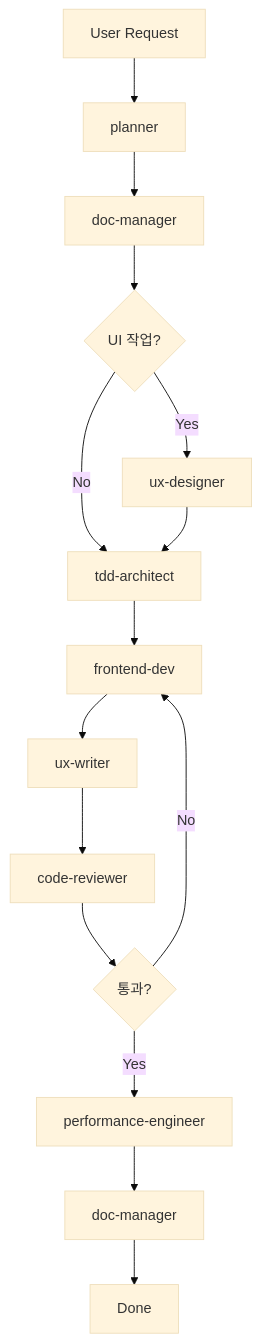
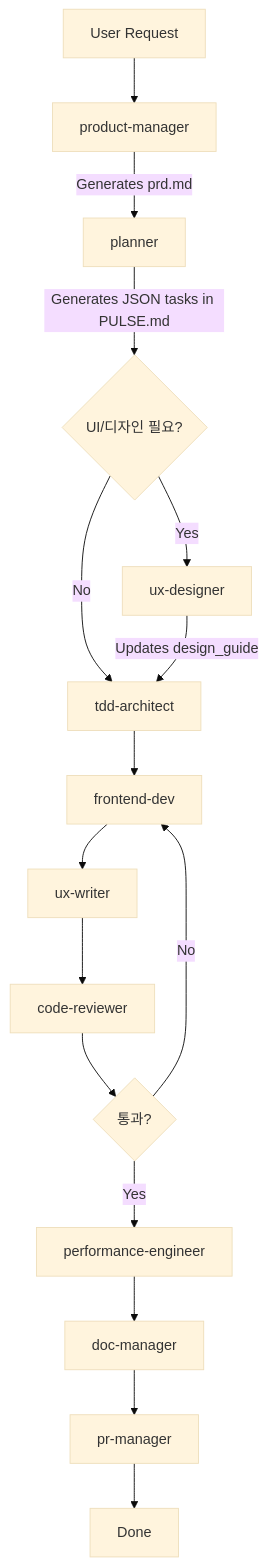
Before and after one commit to SKUnohtaekyung/pulse_FE: the diagram in .agent/skills/README.md, drawn with Mermaid (base theme). The commit also changed other lines of this file and 6 other files, not shown here.

First line of the commit message:
## 📝 요약 (Synopsis) AI 에이전트 파이프라인(PULSE Skills) 구조를 대대적으로 리팩토링하고, `product-manager`, `pr-manager` 신규 스킬과 컨텍스트 핸드오버 체계를 도입했습니다.

````diff
--- a/.agent/skills/README.md
+++ b/.agent/skills/README.md
@@ -47,17 +43,18 @@
 ```mermaid
 graph TD
-    A[User Request] --> B[planner]
-    B --> C[doc-manager]
-    C --> D{UI 작업?}
+    A[User Request] --> B[product-manager]
+    B -->|Generates prd.md| C[planner]
+    C -->|Generates JSON tasks in PULSE.md| D{UI/디자인 필요?}
     D -->|Yes| E[ux-designer]
     D -->|No| F[tdd-architect]
-    E --> F
+    E -->|Updates design_guide| F
     F --> G[frontend-dev]
     G --> H[ux-writer]
     H --> I[code-reviewer]
     I --> J{통과?}
     J -->|No| G
     J -->|Yes| K[performance-engineer]
     K --> L[doc-manager]
-    L --> M[Done]
+    L --> M[pr-manager]
+    M --> N[Done]
 ```
````
